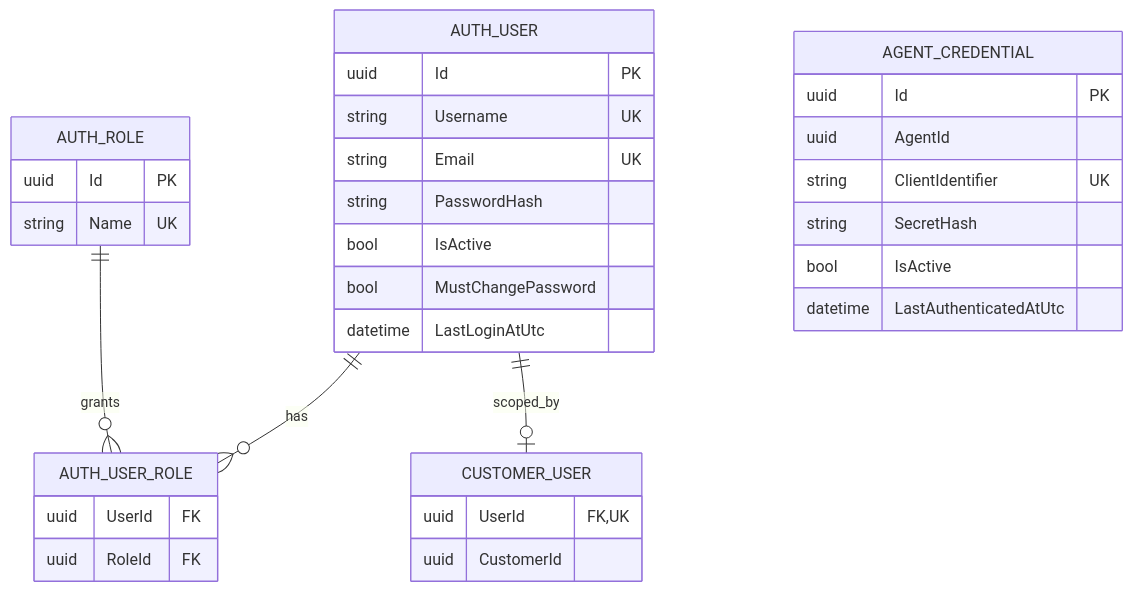
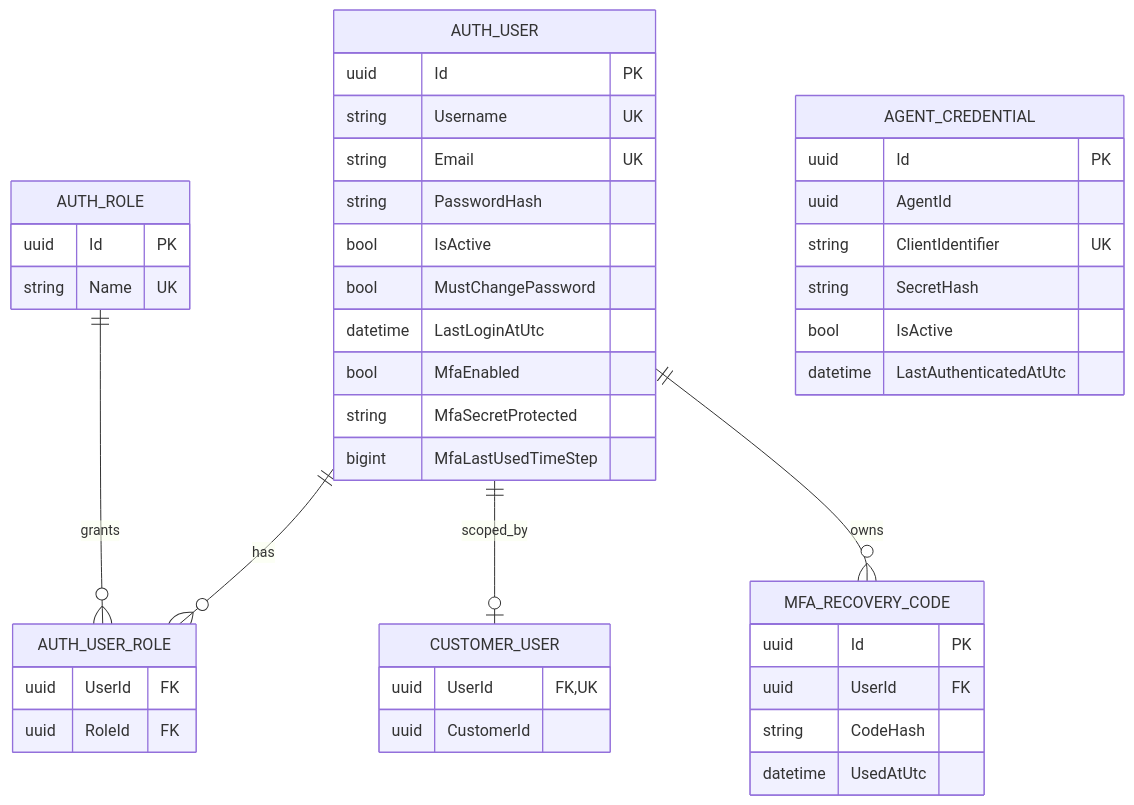
Before and after one commit to is231327/SRM: the second of 2 diagrams in AUTHENTICATION_AUTHORIZATION_CONCEPT.md, drawn with Mermaid. The commit also changed other lines of this file and 37 other files, not shown here.

````diff
--- a/AUTHENTICATION_AUTHORIZATION_CONCEPT.md
+++ b/AUTHENTICATION_AUTHORIZATION_CONCEPT.md
@@ -97,36 +112,46 @@
 ```mermaid
 erDiagram
     AUTH_USER ||--o{ AUTH_USER_ROLE : has
     AUTH_ROLE ||--o{ AUTH_USER_ROLE : grants
     AUTH_USER ||--o| CUSTOMER_USER : scoped_by
+    AUTH_USER ||--o{ MFA_RECOVERY_CODE : owns
 
     AUTH_USER {
         uuid Id PK
         string Username UK
         string Email UK
         string PasswordHash
         bool IsActive
         bool MustChangePassword
         datetime LastLoginAtUtc
+        bool MfaEnabled
+        string MfaSecretProtected
+        bigint MfaLastUsedTimeStep
     }
     AUTH_ROLE {
         uuid Id PK
         string Name UK
     }
     AUTH_USER_ROLE {
         uuid UserId FK
         uuid RoleId FK
     }
     CUSTOMER_USER {
         uuid UserId FK,UK
         uuid CustomerId
     }
+    MFA_RECOVERY_CODE {
+        uuid Id PK
+        uuid UserId FK
+        string CodeHash
+        datetime UsedAtUtc
+    }
     AGENT_CREDENTIAL {
         uuid Id PK
         uuid AgentId
         string ClientIdentifier UK
         string SecretHash
         bool IsActive
         datetime LastAuthenticatedAtUtc
     }
 ```
````
